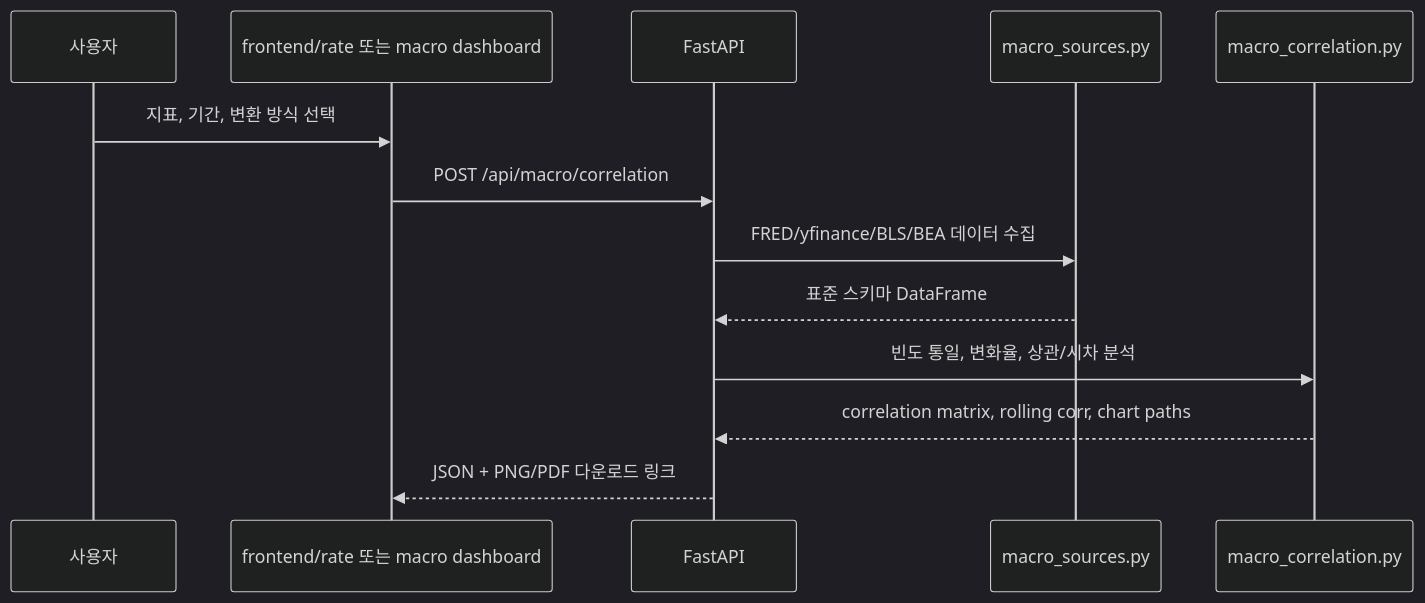
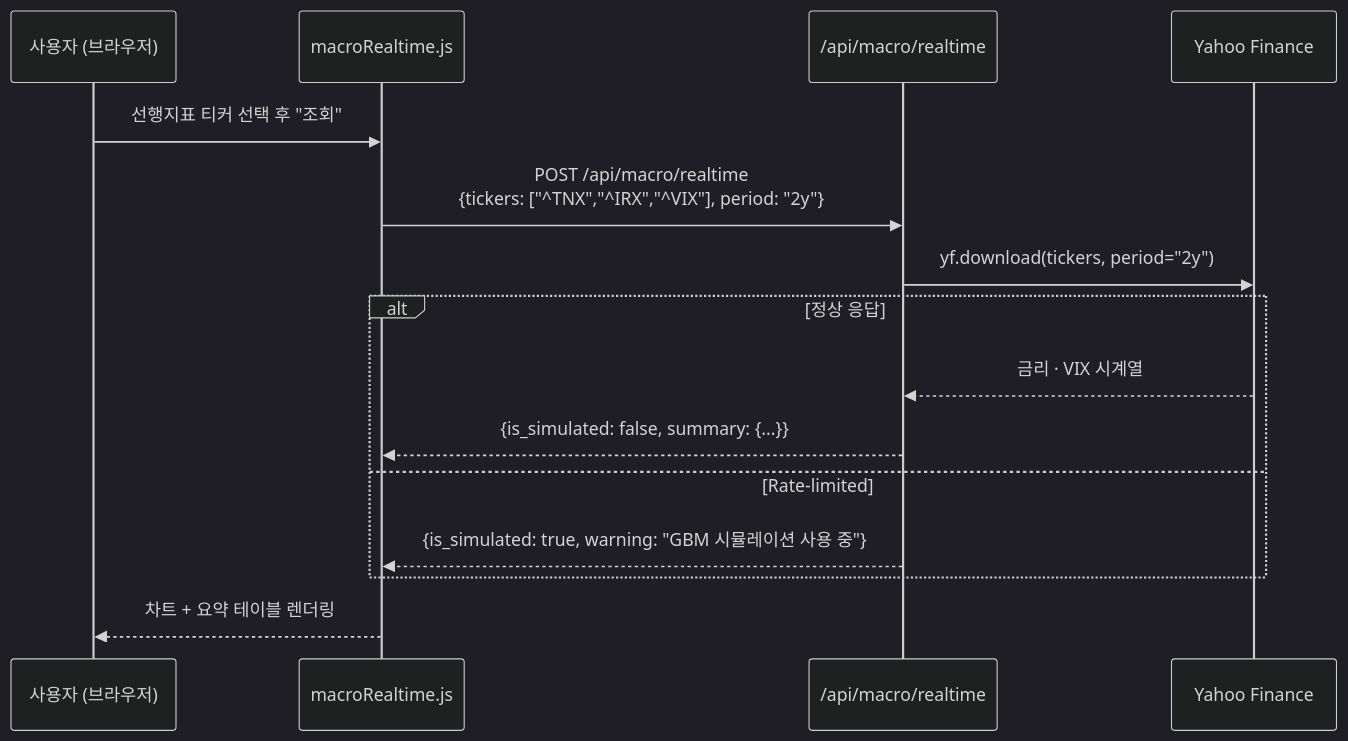
Diagram 11 of 12 in docs/03.md (edumgt/python-quant), drawn with Mermaid (dark theme) before and after one commit. The commit also changed other lines of this file and 36 other files, not shown here.

````diff
--- a/docs/03.md
+++ b/docs/03.md
@@ -988,16 +903,18 @@
 ```mermaid
 sequenceDiagram
-    participant U as 사용자
-    participant F as frontend/rate 또는 macro dashboard
-    participant A as FastAPI
-    participant S as macro_sources.py
-    participant C as macro_correlation.py
+    participant U as 사용자 (브라우저)
+    participant JS as macroRealtime.js
+    participant API as /api/macro/realtime
+    participant YF as Yahoo Finance
 
-    U->>F: 지표, 기간, 변환 방식 선택
-    F->>A: POST /api/macro/correlation
-    A->>S: FRED/yfinance/BLS/BEA 데이터 수집
-    S-->>A: 표준 스키마 DataFrame
-    A->>C: 빈도 통일, 변화율, 상관/시차 분석
-    C-->>A: correlation matrix, rolling corr, chart paths
-    A-->>F: JSON + PNG/PDF 다운로드 링크
+    U->>JS: 선행지표 티커 선택 후 "조회"
+    JS->>API: POST /api/macro/realtime<br/>{tickers: ["^TNX","^IRX","^VIX"], period: "2y"}
+    API->>YF: yf.download(tickers, period="2y")
+    alt 정상 응답
+        YF-->>API: 금리 · VIX 시계열
+        API-->>JS: {is_simulated: false, summary: {...}}
+    else Rate-limited
+        API-->>JS: {is_simulated: true, warning: "GBM 시뮬레이션 사용 중"}
+    end
+    JS-->>U: 차트 + 요약 테이블 렌더링
 ```
````
